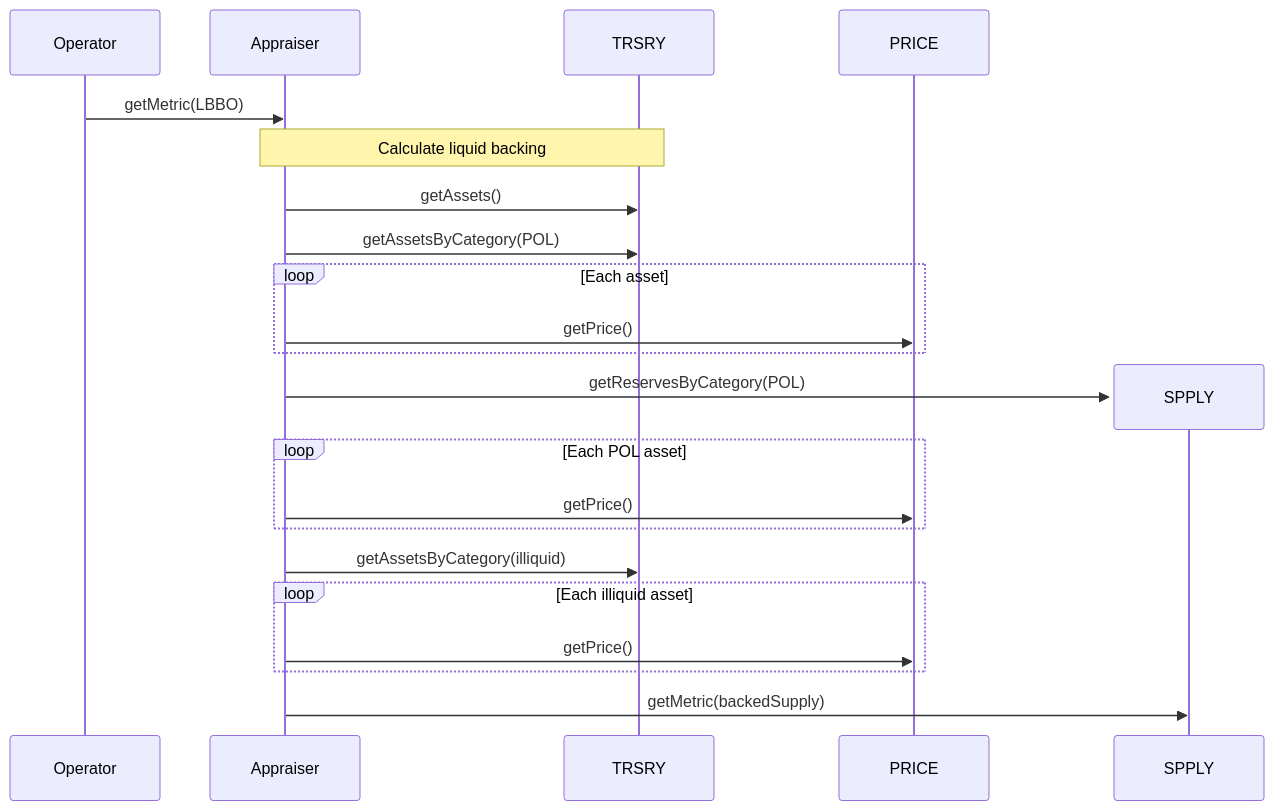
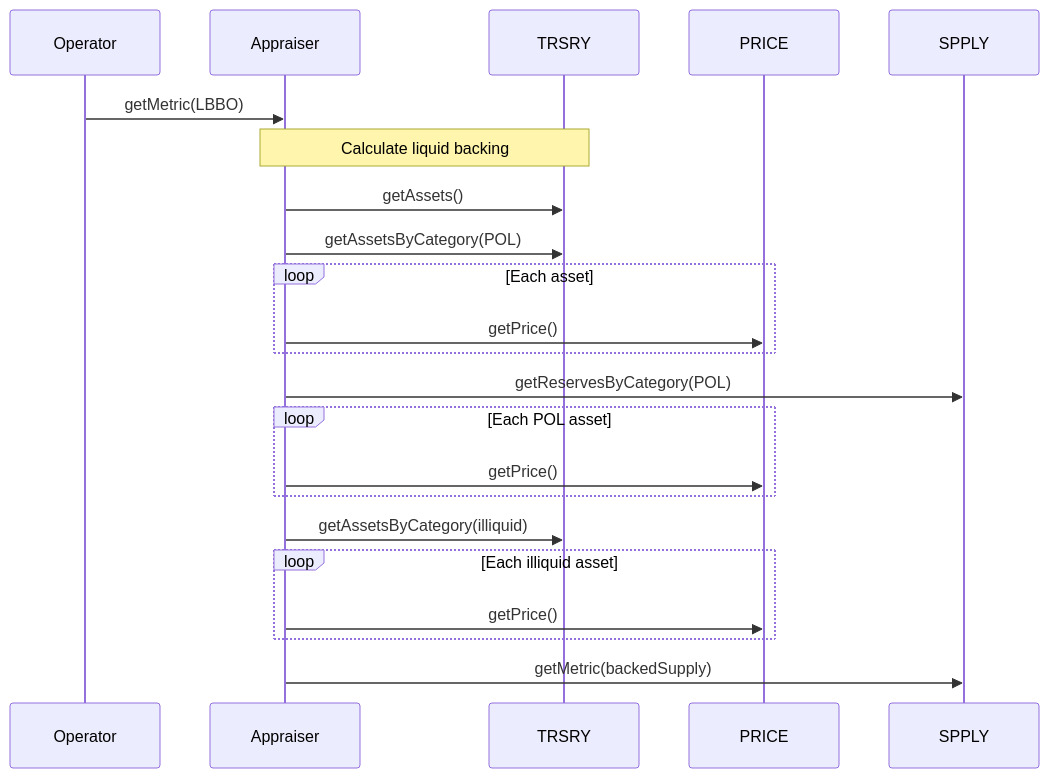
The first of 2 diagrams in audit/rbs-v2/README.md (OlympusDAO/olympus-v3), drawn with Mermaid before and after one commit.

Commit message:
Fix Mermaid diagram

````diff
--- a/audit/rbs-v2/README.md
+++ b/audit/rbs-v2/README.md
@@ -274,24 +274,24 @@
 ```mermaid
 sequenceDiagram
   participant Operator
   participant Appraiser
+  participant TRSRY
+  participant PRICE
+  participant SPPLY
   Operator->>Appraiser: getMetric(LBBO)
-  create participant TRSRY
   Note over Appraiser, TRSRY: Calculate liquid backing
   Appraiser->>TRSRY: getAssets()
   Appraiser->>TRSRY: getAssetsByCategory(POL)
-  create participant PRICE
   loop Each asset
   Appraiser->>PRICE: getPrice()
   end
-  create participant SPPLY
   Appraiser->>SPPLY: getReservesByCategory(POL)
   loop Each POL asset
   Appraiser->>PRICE: getPrice()
   end
   Appraiser->>TRSRY: getAssetsByCategory(illiquid)
   loop Each illiquid asset
   Appraiser->>PRICE: getPrice()
   end
   Appraiser->>SPPLY: getMetric(backedSupply)
 ```
````
